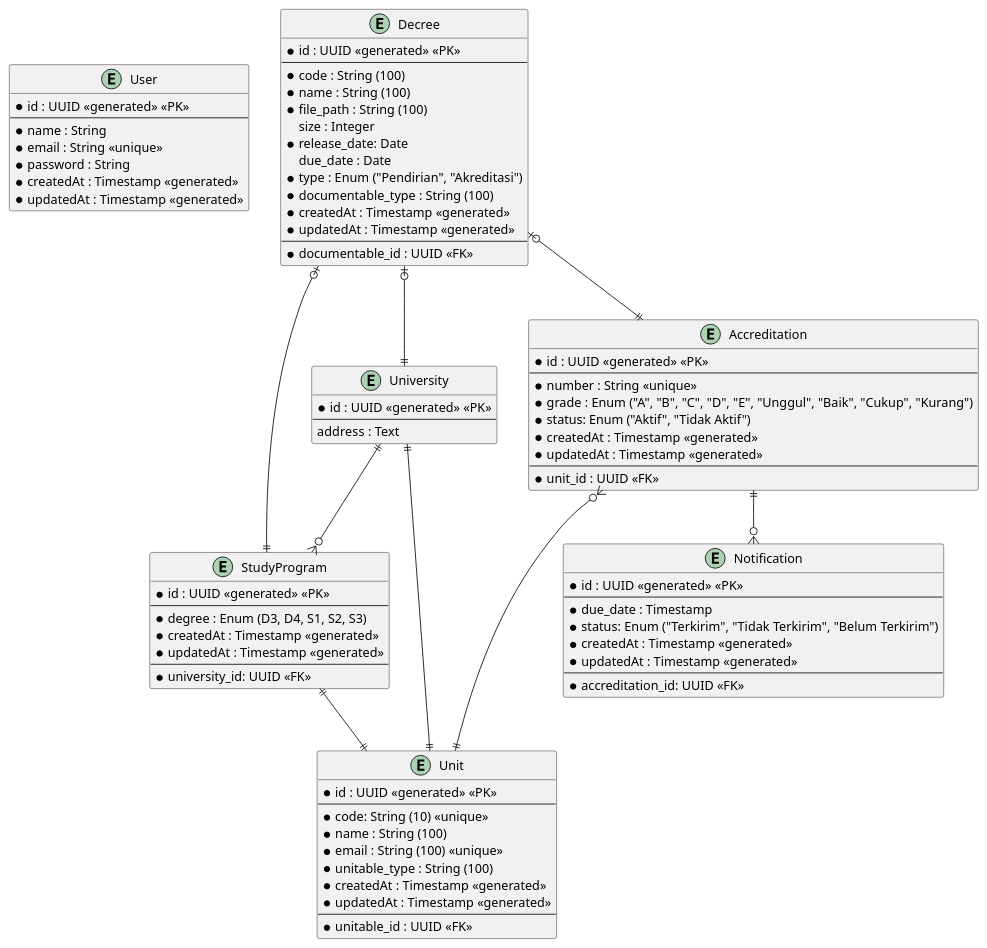
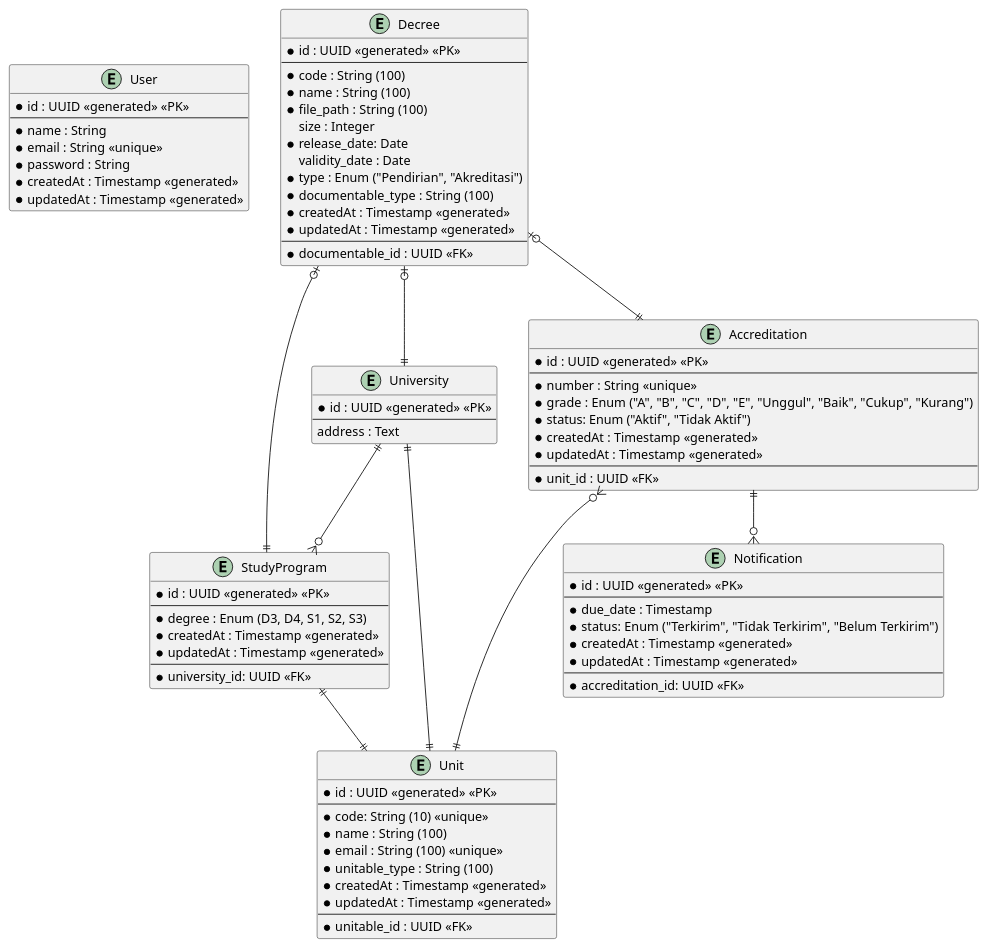
The diagram in spm-widyatama.puml (alifnuryana/sistem-penjaminan-mutu), drawn with PlantUML before and after one commit.

Commit message:
:memo: update documented relation

```diff
--- a/spm-widyatama.puml
+++ b/spm-widyatama.puml
@@ -1,94 +1,94 @@
 @startuml
 
 entity User {
     * id : UUID <<generated>> <<PK>>
     ---
     * name : String
     * email : String <<unique>>
     * password : String
     * createdAt : Timestamp <<generated>>
     * updatedAt : Timestamp <<generated>>
 }
 
 entity Unit {
     * id : UUID <<generated>> <<PK>>
     ---
     * code: String (10) <<unique>>
     * name : String (100)
     * email : String (100) <<unique>>
     * unitable_type : String (100)
     * createdAt : Timestamp <<generated>>
     * updatedAt : Timestamp <<generated>>
     ---
     * unitable_id : UUID <<FK>>
 }
 
 entity StudyProgram {
     * id : UUID <<generated>> <<PK>>
     ---
     * degree : Enum (D3, D4, S1, S2, S3)
     * createdAt : Timestamp <<generated>>
     * updatedAt : Timestamp <<generated>>
     ---
     * university_id: UUID <<FK>>
 }
 
 entity University {
      * id : UUID <<generated>> <<PK>>
     ---
     address : Text
 }
 
 entity Accreditation {
     * id : UUID <<generated>> <<PK>>
     ---
     * number : String <<unique>>
     * grade : Enum ("A", "B", "C", "D", "E", "Unggul", "Baik", "Cukup", "Kurang")
     * status: Enum ("Aktif", "Tidak Aktif")
     * createdAt : Timestamp <<generated>>
     * updatedAt : Timestamp <<generated>>
     ---
     * unit_id : UUID <<FK>>
 }
 
 entity Notification {
     * id : UUID <<generated>> <<PK>>
     ---
     * due_date : Timestamp
     * status: Enum ("Terkirim", "Tidak Terkirim", "Belum Terkirim")
     * createdAt : Timestamp <<generated>>
     * updatedAt : Timestamp <<generated>>
     ---
     * accreditation_id: UUID <<FK>>
 }
 
 entity Decree {
     * id : UUID <<generated>> <<PK>>
     ---
     * code : String (100)
     * name : String (100)
     * file_path : String (100)
     size : Integer
     * release_date: Date
-    due_date : Date
+    validity_date : Date
     * type : Enum ("Pendirian", "Akreditasi")
     * documentable_type : String (100)
     * createdAt : Timestamp <<generated>>
     * updatedAt : Timestamp <<generated>>
     ---
     * documentable_id : UUID <<FK>>
 }
 
 
 StudyProgram ||--|| Unit
 
 University ||--o{ StudyProgram
 University ||--|| Unit
 
 Accreditation ||--o{ Notification
 Accreditation }o--|| Unit
 
 Decree |o--|| University
 Decree |o--|| StudyProgram
 Decree |o--|| Accreditation
 @enduml
```
